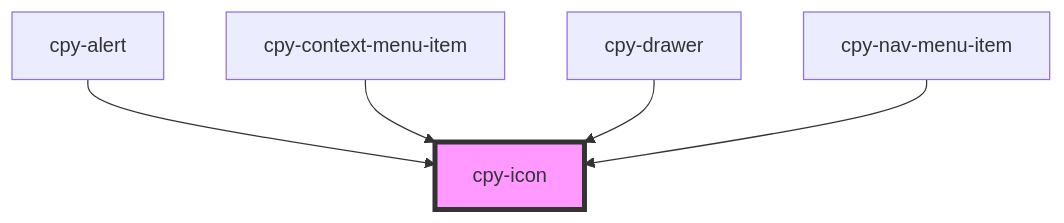
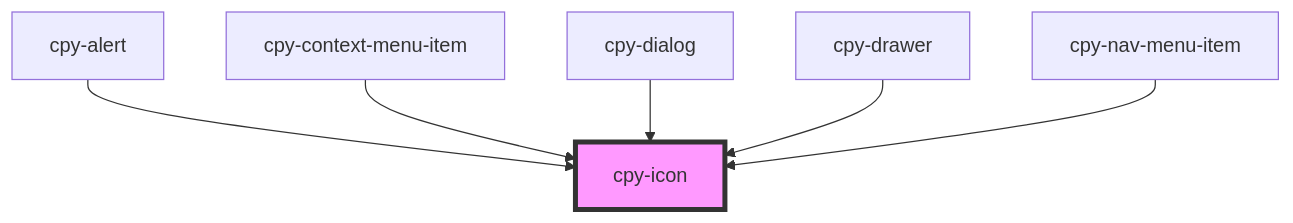
Before and after one commit to Lith1um/Canopy-Stencil: the diagram in stencil-lib/src/components/icon/readme.md, drawn with Mermaid. The commit also changed other lines of this file and 14 other files, not shown here.

````diff
--- a/stencil-lib/src/components/icon/readme.md
+++ b/stencil-lib/src/components/icon/readme.md
@@ -18,8 +19,9 @@
 ```mermaid
 graph TD;
   cpy-alert --> cpy-icon
   cpy-context-menu-item --> cpy-icon
+  cpy-dialog --> cpy-icon
   cpy-drawer --> cpy-icon
   cpy-nav-menu-item --> cpy-icon
   style cpy-icon fill:#f9f,stroke:#333,stroke-width:4px
 ```
````
